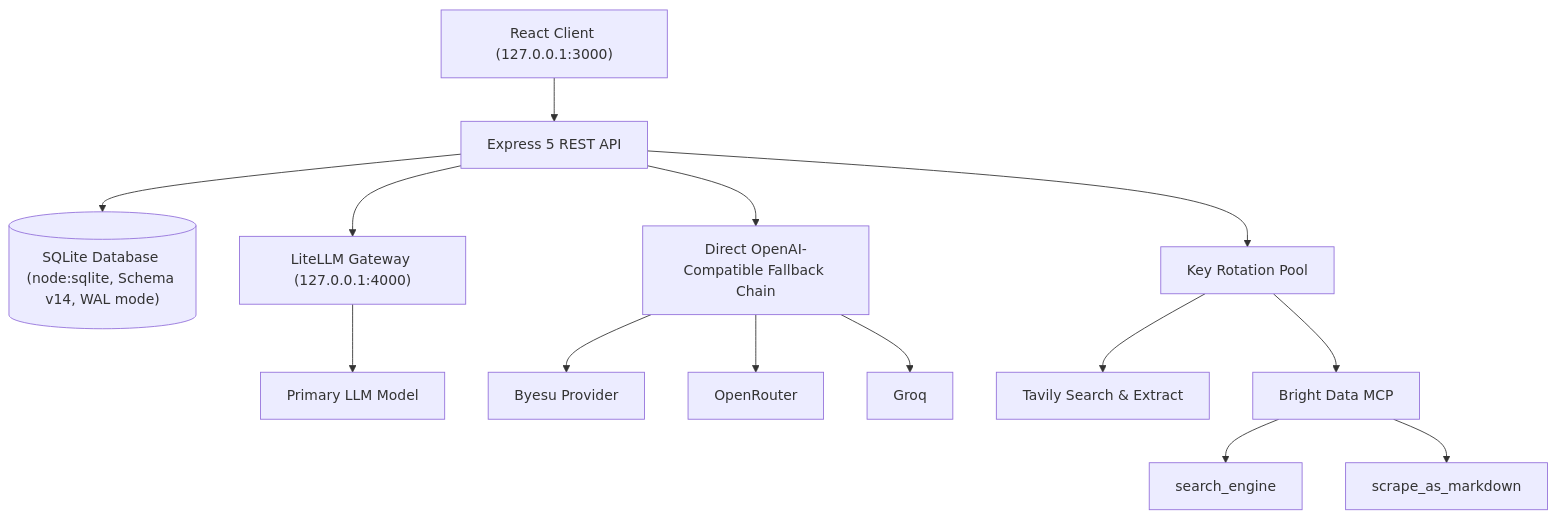
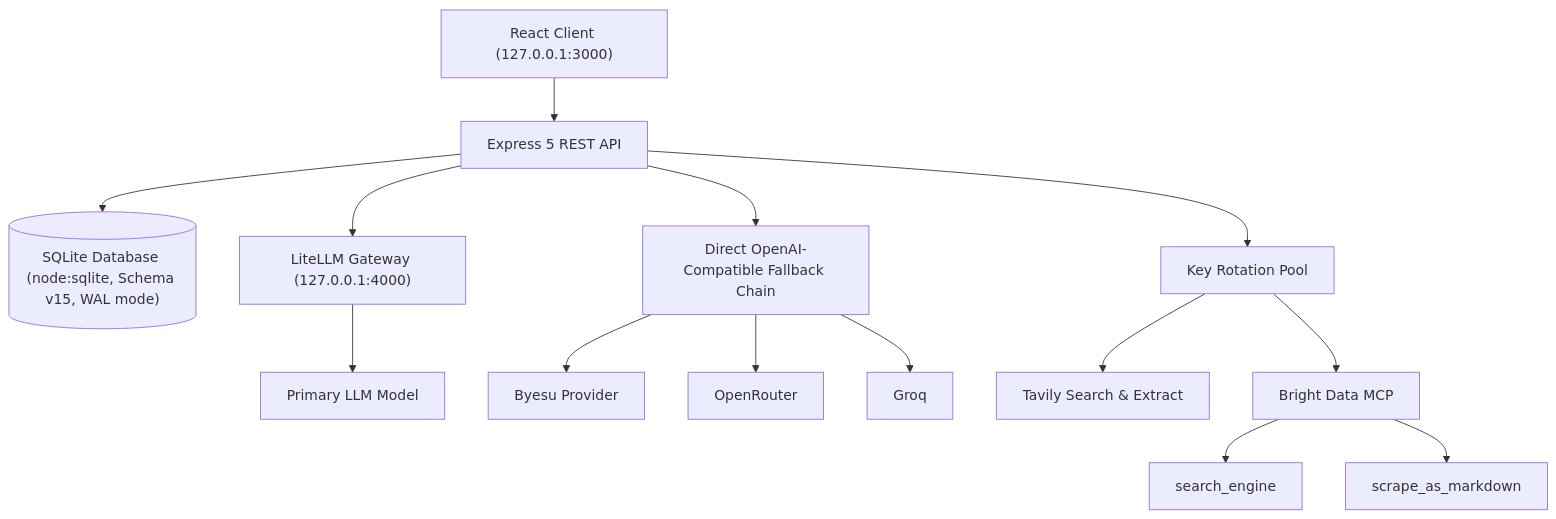
Before and after one commit to AliasHolmes/Apex-CRM: the second of 2 diagrams in README.md, drawn with Mermaid. The commit also changed other lines of this file and 16 other files, not shown here.

````diff
--- a/README.md
+++ b/README.md
@@ -107,18 +113,18 @@
 ```mermaid
 graph TD
     UI["React Client (127.0.0.1:3000)"] --> API["Express 5 REST API"]
-    API --> DB[("SQLite Database (node:sqlite, Schema v14, WAL mode)")]
+    API --> DB[("SQLite Database (node:sqlite, Schema v15, WAL mode)")]
 
     API --> Gateway["LiteLLM Gateway (127.0.0.1:4000)"]
     API --> Direct["Direct OpenAI-Compatible Fallback Chain"]
     Gateway --> Primary["Primary LLM Model"]
     Direct --> Byesu["Byesu Provider"]
     Direct --> OpenRouter["OpenRouter"]
     Direct --> Groq["Groq"]
 
     API --> KeyRotator["Key Rotation Pool"]
     KeyRotator --> Tavily["Tavily Search & Extract"]
     KeyRotator --> MCP["Bright Data MCP"]
     MCP --> BDSearch["search_engine"]
     MCP --> BDScrape["scrape_as_markdown"]
 ```
````
